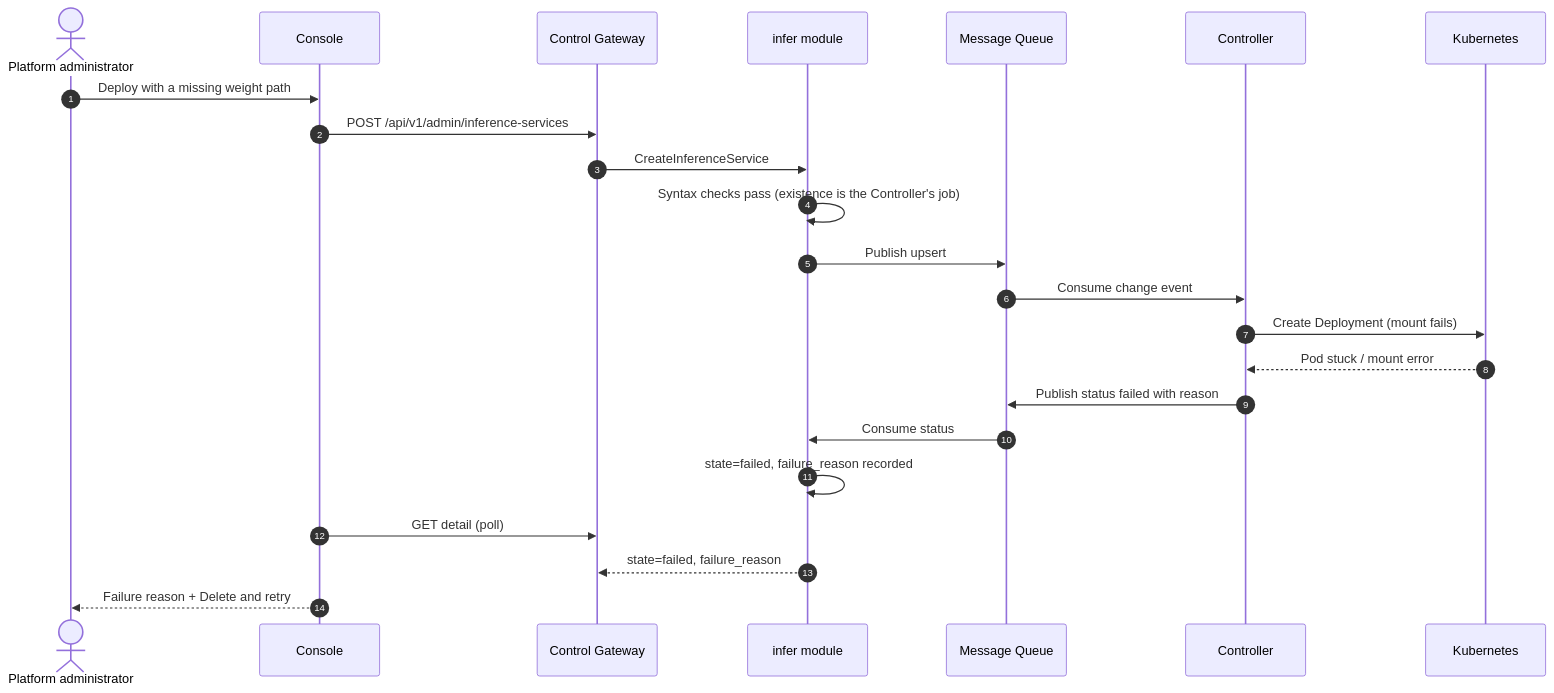
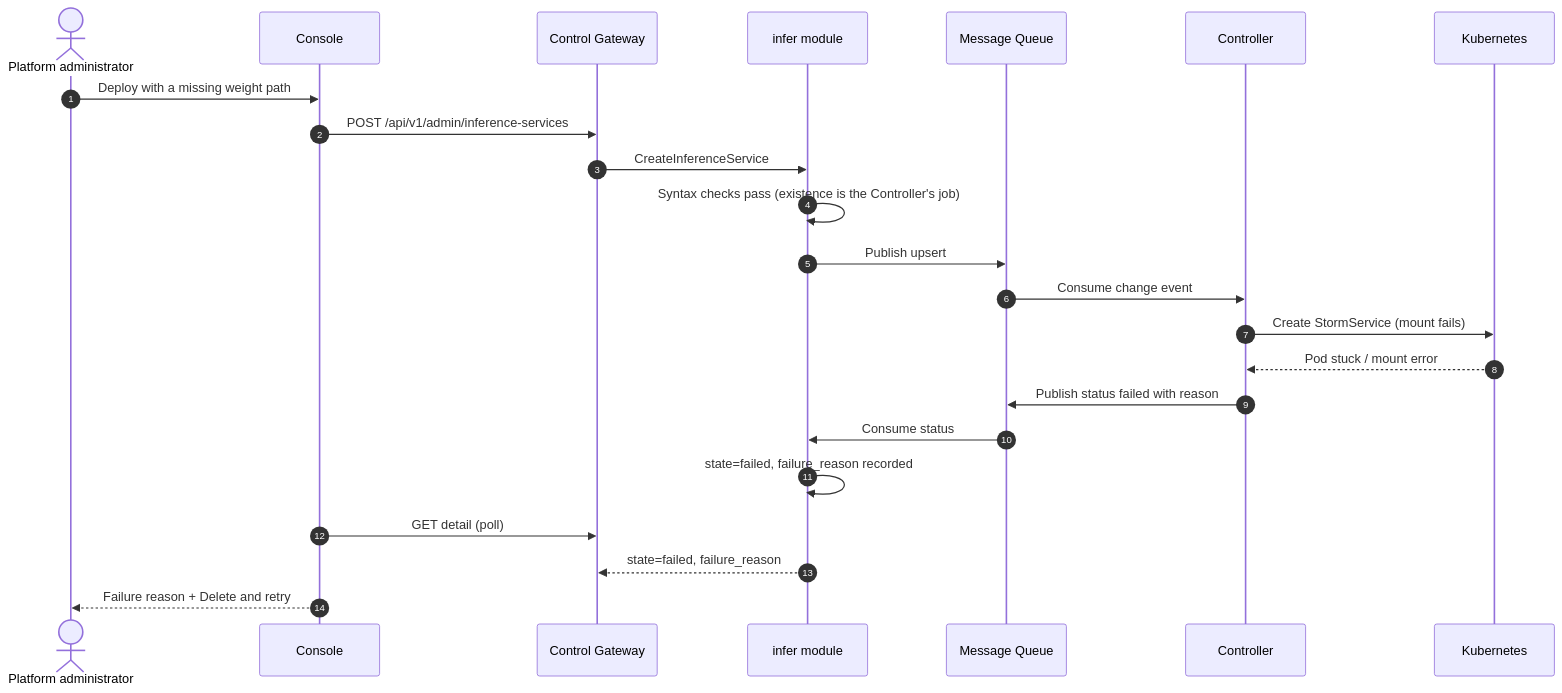
The fourth of 5 diagrams in site/docs/architecture/model-catalog-deployment.md (go-taas/go-taas), drawn with Mermaid before and after one commit. The commit also changed other lines of this file and 41 other files, not shown here.

````diff
--- a/site/docs/architecture/model-catalog-deployment.md
+++ b/site/docs/architecture/model-catalog-deployment.md
@@ -331,26 +363,26 @@
 ```mermaid
 sequenceDiagram
     autonumber
     actor Admin as Platform administrator
     participant Console as Console
     participant CGW as Control Gateway
     participant Infer as infer module
     participant MQ as Message Queue
     participant CTRL as Controller
     participant K8s as Kubernetes
 
     Admin->>Console: Deploy with a missing weight path
     Console->>CGW: POST /api/v1/admin/inference-services
     CGW->>Infer: CreateInferenceService
     Infer->>Infer: Syntax checks pass (existence is the Controller's job)
     Infer->>MQ: Publish upsert
     MQ->>CTRL: Consume change event
-    CTRL->>K8s: Create Deployment (mount fails)
+    CTRL->>K8s: Create StormService (mount fails)
     K8s-->>CTRL: Pod stuck / mount error
     CTRL->>MQ: Publish status failed with reason
     MQ->>Infer: Consume status
     Infer->>Infer: state=failed, failure_reason recorded
     Console->>CGW: GET detail (poll)
     Infer-->>CGW: state=failed, failure_reason
     Console-->>Admin: Failure reason + Delete and retry
 ```
````
